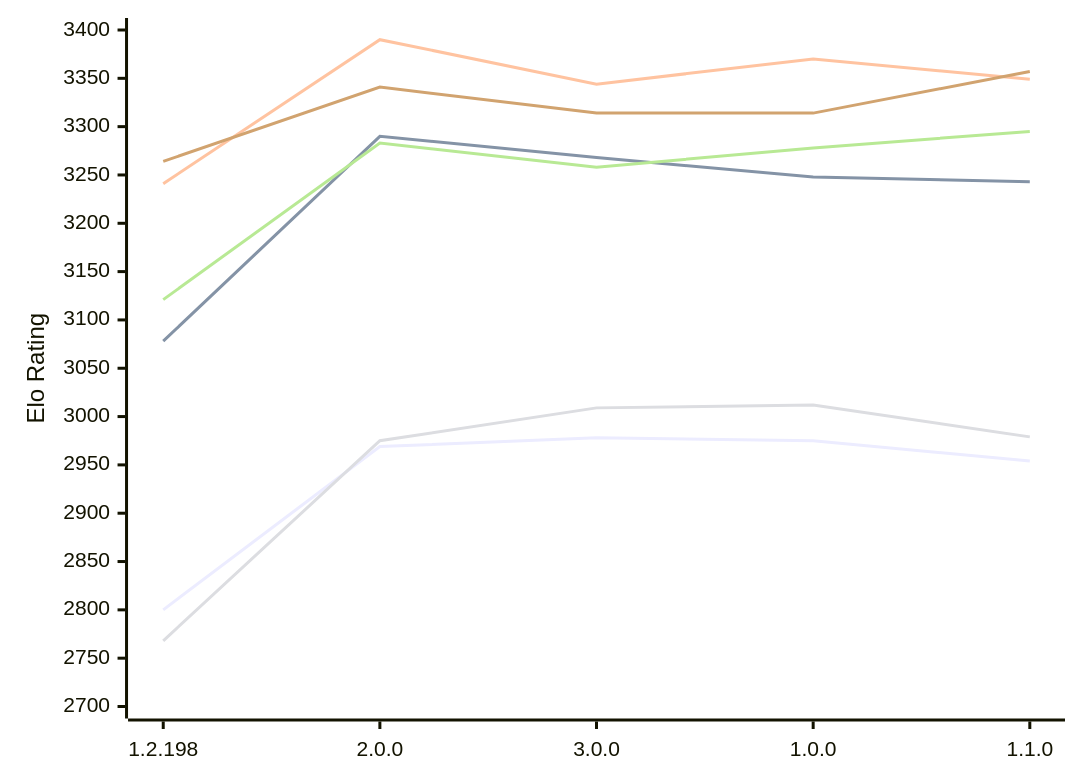
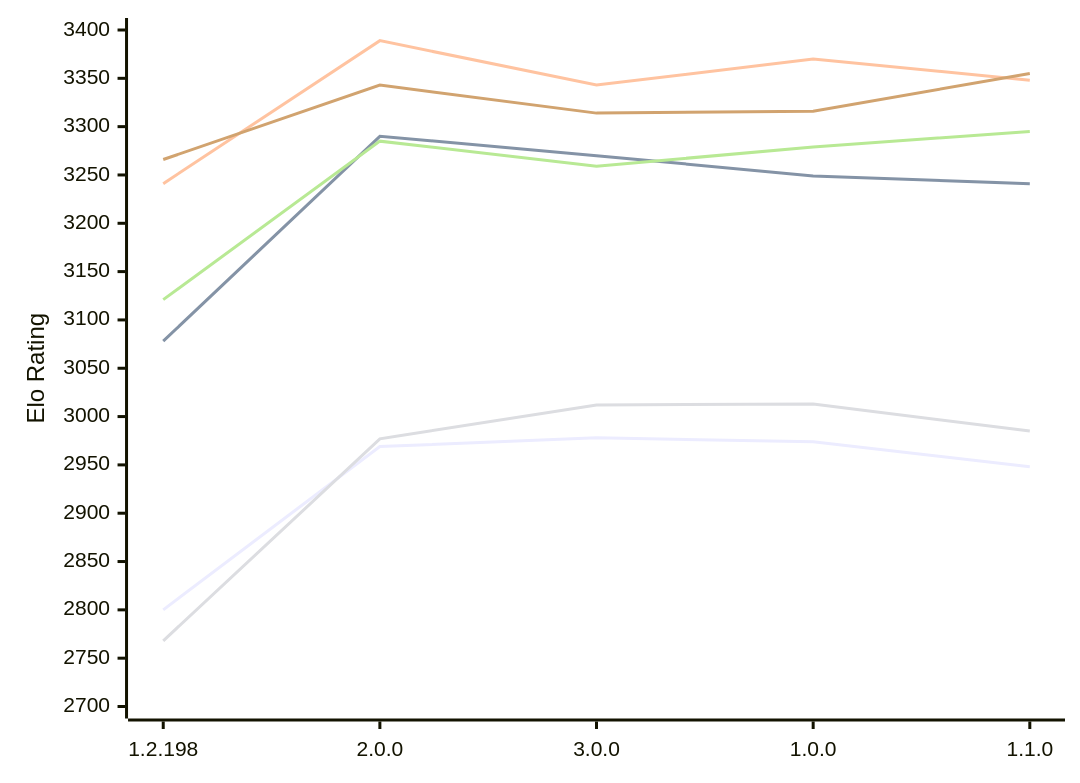
Before and after one commit to computer-chess-index/cci: the diagram in engines/Trebuchet.md, drawn with Mermaid. The commit also changed other lines of this file, not shown here.

Commit message:
Update CCI Ratings (ELO VLTC) - 2026-11-27

````diff
--- a/engines/Trebuchet.md
+++ b/engines/Trebuchet.md
@@ -55,12 +55,12 @@
 ```mermaid
 %%{init: {"theme":"base","themeVariables":{"seriesColors:['#a3a3a3','#222221','#faa371']}}}%%
 xychart-beta
   x-axis ["1.2.198", "2.0.0", "3.0.0", "1.0.0", "1.1.0"]
   y-axis "Elo Rating" 2700 --> 3400
-  line "E1: STC (8.0+0.08s)" [2800, 2969, 2978, 2975, 2954]
-  line "E1: LTC (60.0+0.60s)" [3078, 3290, 3268, 3248, 3243]
-  line "E1: VLTC (2m24s+1.12s)" [3241, 3390, 3344, 3370, 3349]
-  line "P1: STC (8.0+0.08s)" [2768, 2975, 3009, 3012, 2979]
-  line "P1: LTC (60.0+0.60s)" [3121, 3283, 3258, 3278, 3295]
-  line "P1: VLTC (2m24s+1.12s)" [3264, 3341, 3314, 3314, 3357]
+  line "E1: STC (8.0+0.08s)" [2800, 2969, 2978, 2974, 2948]
+  line "E1: LTC (60.0+0.60s)" [3078, 3290, 3270, 3249, 3241]
+  line "E1: VLTC (2m24s+1.12s)" [3241, 3389, 3343, 3370, 3348]
+  line "P1: STC (8.0+0.08s)" [2768, 2977, 3012, 3013, 2985]
+  line "P1: LTC (60.0+0.60s)" [3121, 3285, 3259, 3279, 3295]
+  line "P1: VLTC (2m24s+1.12s)" [3266, 3343, 3314, 3316, 3355]
 ```
````
